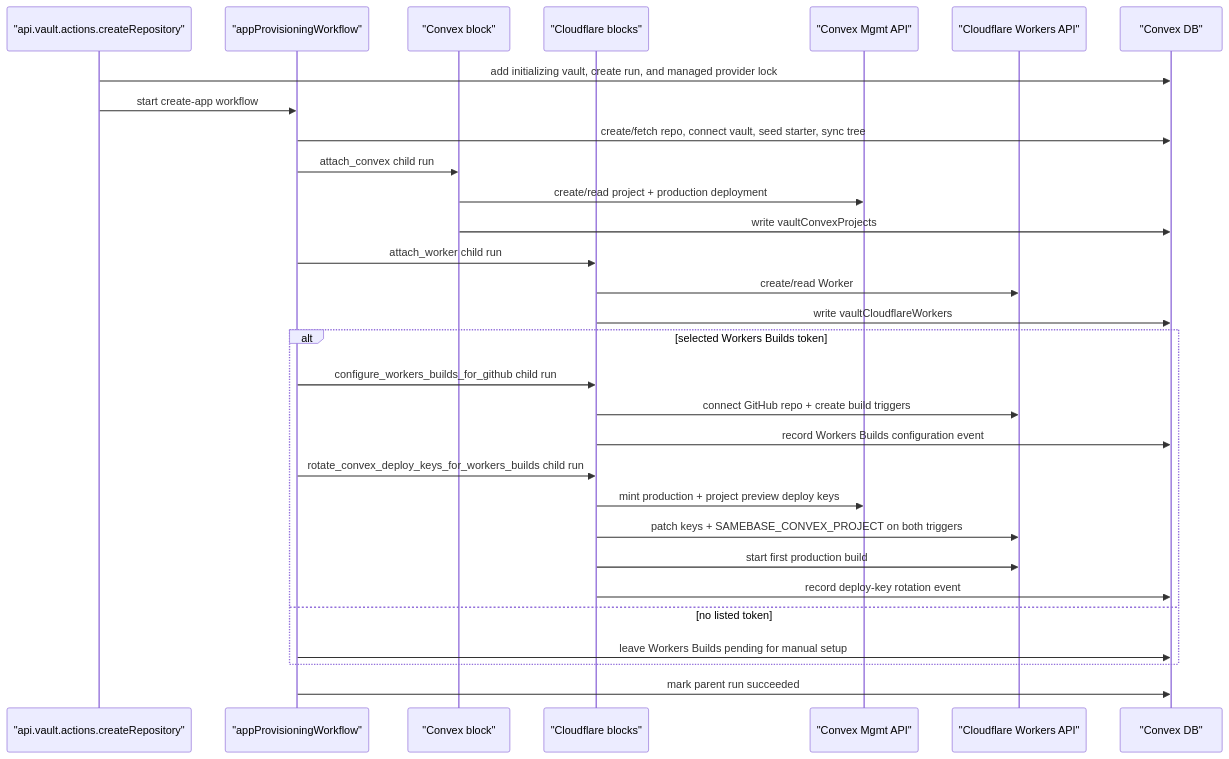
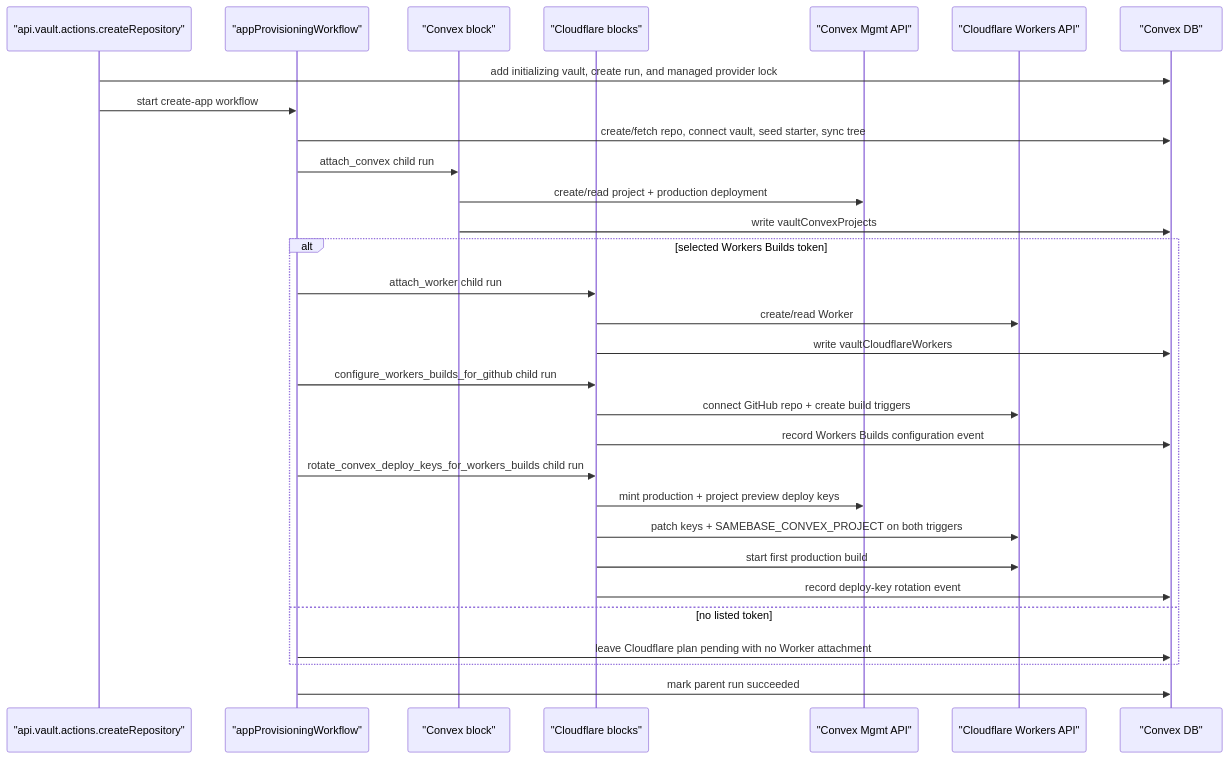
Before and after one commit to samebase/samebase: the diagram in specs/003_VAULT_INFRA_PROVISIONING_SPEC.md, drawn with Mermaid. The commit also changed other lines of this file and 10 other files, not shown here.

````diff
--- a/specs/003_VAULT_INFRA_PROVISIONING_SPEC.md
+++ b/specs/003_VAULT_INFRA_PROVISIONING_SPEC.md
@@ -408,33 +417,33 @@
 ```mermaid
 sequenceDiagram
   participant VA as "api.vault.actions.createRepository"
   participant WF as "appProvisioningWorkflow"
   participant CVXB as "Convex block"
   participant CFB as "Cloudflare blocks"
   participant CVX as "Convex Mgmt API"
   participant CFL as "Cloudflare Workers API"
   participant DB as "Convex DB"
 
   VA->>DB: add initializing vault, create run, and managed provider lock
   VA->>WF: start create-app workflow
   WF->>DB: create/fetch repo, connect vault, seed starter, sync tree
   WF->>CVXB: attach_convex child run
   CVXB->>CVX: create/read project + production deployment
   CVXB->>DB: write vaultConvexProjects
-  WF->>CFB: attach_worker child run
-  CFB->>CFL: create/read Worker
-  CFB->>DB: write vaultCloudflareWorkers
   alt selected Workers Builds token
+    WF->>CFB: attach_worker child run
+    CFB->>CFL: create/read Worker
+    CFB->>DB: write vaultCloudflareWorkers
     WF->>CFB: configure_workers_builds_for_github child run
     CFB->>CFL: connect GitHub repo + create build triggers
     CFB->>DB: record Workers Builds configuration event
     WF->>CFB: rotate_convex_deploy_keys_for_workers_builds child run
     CFB->>CVX: mint production + project preview deploy keys
     CFB->>CFL: patch keys + SAMEBASE_CONVEX_PROJECT on both triggers
     CFB->>CFL: start first production build
     CFB->>DB: record deploy-key rotation event
   else no listed token
-    WF->>DB: leave Workers Builds pending for manual setup
+    WF->>DB: leave Cloudflare plan pending with no Worker attachment
   end
   WF->>DB: mark parent run succeeded
 ```
````
